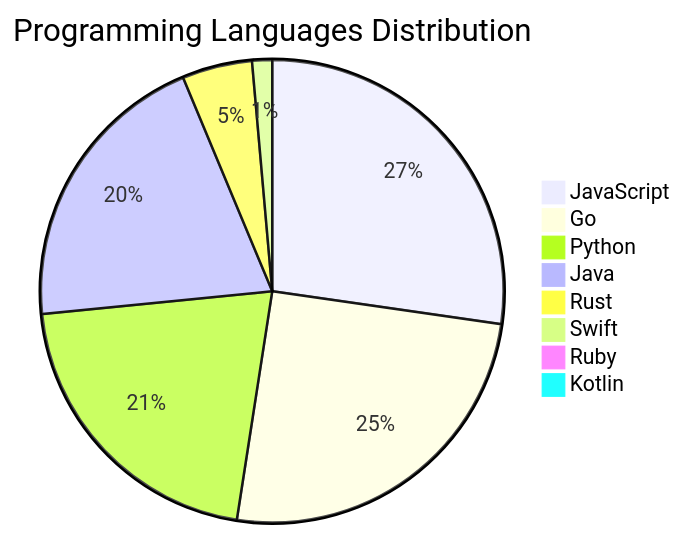
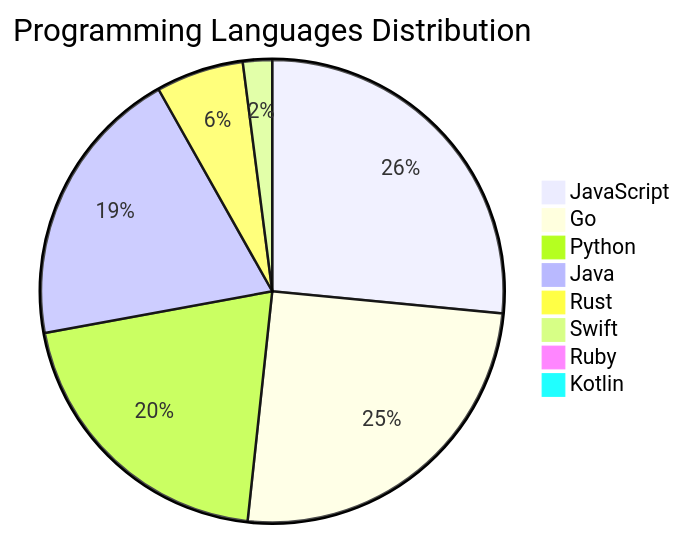
Before and after one commit to Derrick-MUGISHA/github-activity-bot: the diagram in README.md, drawn with Mermaid. The commit also changed other lines of this file and 4 other files, not shown here.

````diff
--- a/README.md
+++ b/README.md
@@ -208,11 +208,11 @@
 ```mermaid
 pie title Programming Languages Distribution
     "JavaScript" : 39
-    "Go" : 36
+    "Go" : 37
     "Python" : 30
     "Java" : 29
-    "Rust" : 7
-    "Swift" : 2
+    "Rust" : 9
+    "Swift" : 3
     "Ruby" : 1
     "Kotlin" : 1
 ```
````
